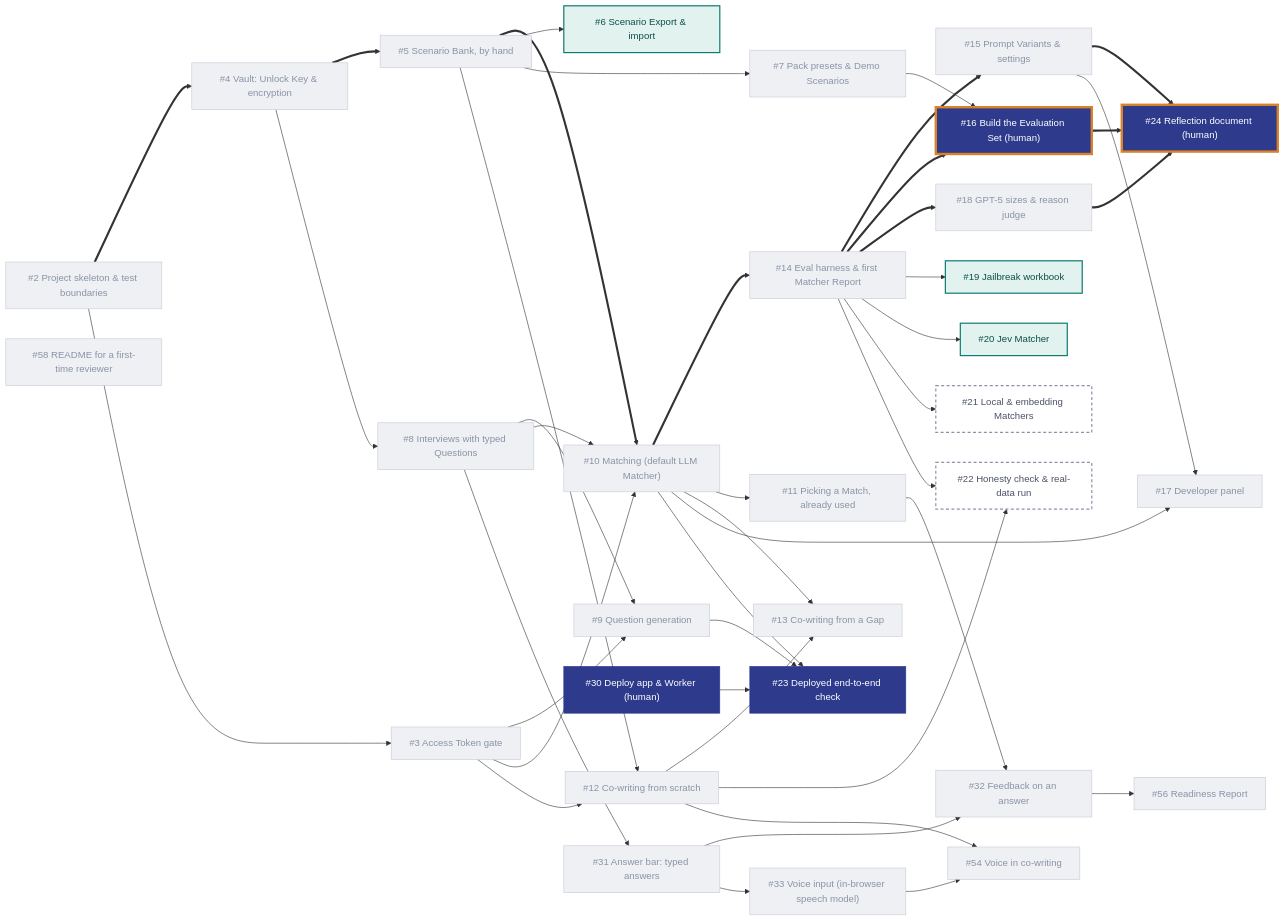
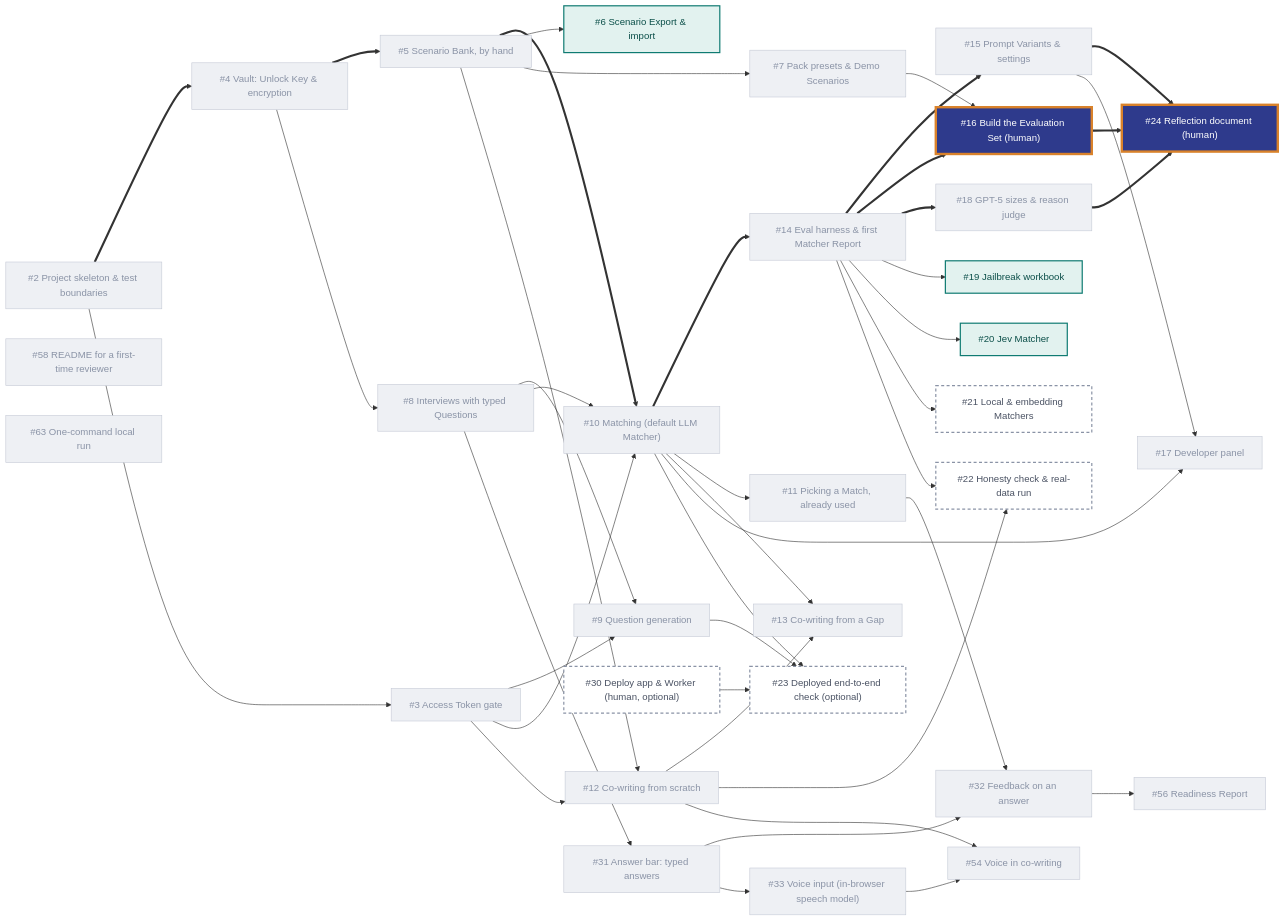
Before and after one commit to DerykHopley/interview-helper: the second of 2 diagrams in README.md, drawn with Mermaid. The commit also changed other lines of this file and 1 other file, not shown here.

Commit message:
README: run it with npm run local; #63 done and deploying optional in the chart

````diff
--- a/README.md
+++ b/README.md
@@ -194,68 +203,68 @@
 ```mermaid
 flowchart LR
   T2["#2 Project skeleton & test boundaries"]
   T3["#3 Access Token gate"]
   T4["#4 Vault: Unlock Key & encryption"]
   T5["#5 Scenario Bank, by hand"]
   T6["#6 Scenario Export & import"]
   T7["#7 Pack presets & Demo Scenarios"]
   T8["#8 Interviews with typed Questions"]
   T9["#9 Question generation"]
   T10["#10 Matching (default LLM Matcher)"]
   T11["#11 Picking a Match, already used"]
   T12["#12 Co-writing from scratch"]
   T13["#13 Co-writing from a Gap"]
   T14["#14 Eval harness & first Matcher Report"]
   T15["#15 Prompt Variants & settings"]
   T16["#16 Build the Evaluation Set (human)"]
   T17["#17 Developer panel"]
   T18["#18 GPT-5 sizes & reason judge"]
   T19["#19 Jailbreak workbook"]
   T20["#20 Jev Matcher"]
   T21["#21 Local & embedding Matchers"]
   T22["#22 Honesty check & real-data run"]
-  T23["#23 Deployed end-to-end check"]
+  T23["#23 Deployed end-to-end check (optional)"]
   T24["#24 Reflection document (human)"]
-  T30["#30 Deploy app & Worker (human)"]
+  T30["#30 Deploy app & Worker (human, optional)"]
   T31["#31 Answer bar: typed answers"]
   T32["#32 Feedback on an answer"]
   T33["#33 Voice input (in-browser speech model)"]
   T54["#54 Voice in co-writing"]
   T56["#56 Readiness Report"]
   T58["#58 README for a first-time reviewer"]
+  T63["#63 One-command local run"]
 
   %% critical path (thick arrows)
   T2 ==> T4 ==> T5 ==> T10 ==> T14
   T14 ==> T15 ==> T24
   T14 ==> T16 ==> T24
   T14 ==> T18 ==> T24
 
   %% other dependencies
   T2 --> T3
   T3 --> T9 & T10 & T12
   T4 --> T8
   T5 --> T6 & T7 & T12
   T8 --> T9 & T10 & T31
   T10 --> T11 & T13 & T17
   T12 --> T13 & T22
   T7 --> T16
   T14 --> T19 & T20 & T21 & T22
   T15 --> T17
   T31 --> T32 & T33
   T12 & T33 --> T54
   T32 --> T56
   T11 --> T32
   T30 & T9 & T10 --> T23
 
   classDef done fill:#EEF0F4,color:#8A93A6,stroke:#C5CAD6,stroke-width:1px
   classDef must fill:#2E3A8C,color:#fff,stroke:#2E3A8C
   classDef mustcrit fill:#2E3A8C,color:#fff,stroke:#D9822B,stroke-width:4px
   classDef should fill:#E2F2EF,color:#0B4F49,stroke:#0F7B72,stroke-width:2px
   classDef could fill:#fff,color:#4A5263,stroke:#8A93A6,stroke-width:2px,stroke-dasharray:5 4
 
-  class T2,T3,T4,T5,T7,T8,T9,T10,T11,T12,T13,T14,T15,T18,T31,T32,T33,T17,T54,T56,T58 done
+  class T2,T3,T4,T5,T7,T8,T9,T10,T11,T12,T13,T14,T15,T18,T31,T32,T33,T17,T54,T56,T58,T63 done
   class T16,T24 mustcrit
-  class T23,T30 must
   class T6,T19,T20 should
-  class T21,T22 could
+  class T21,T22,T23,T30 could
 ```
````
